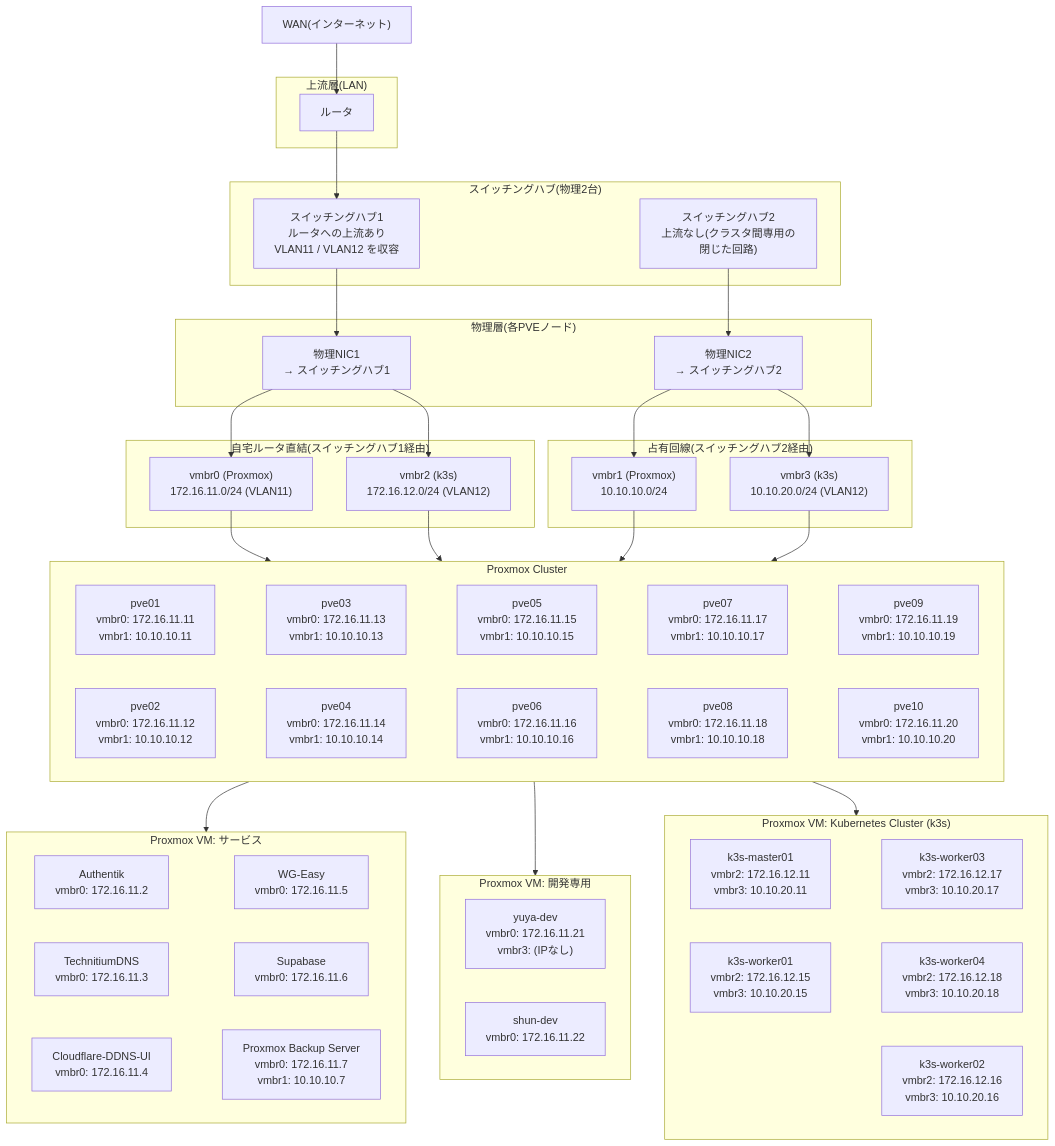
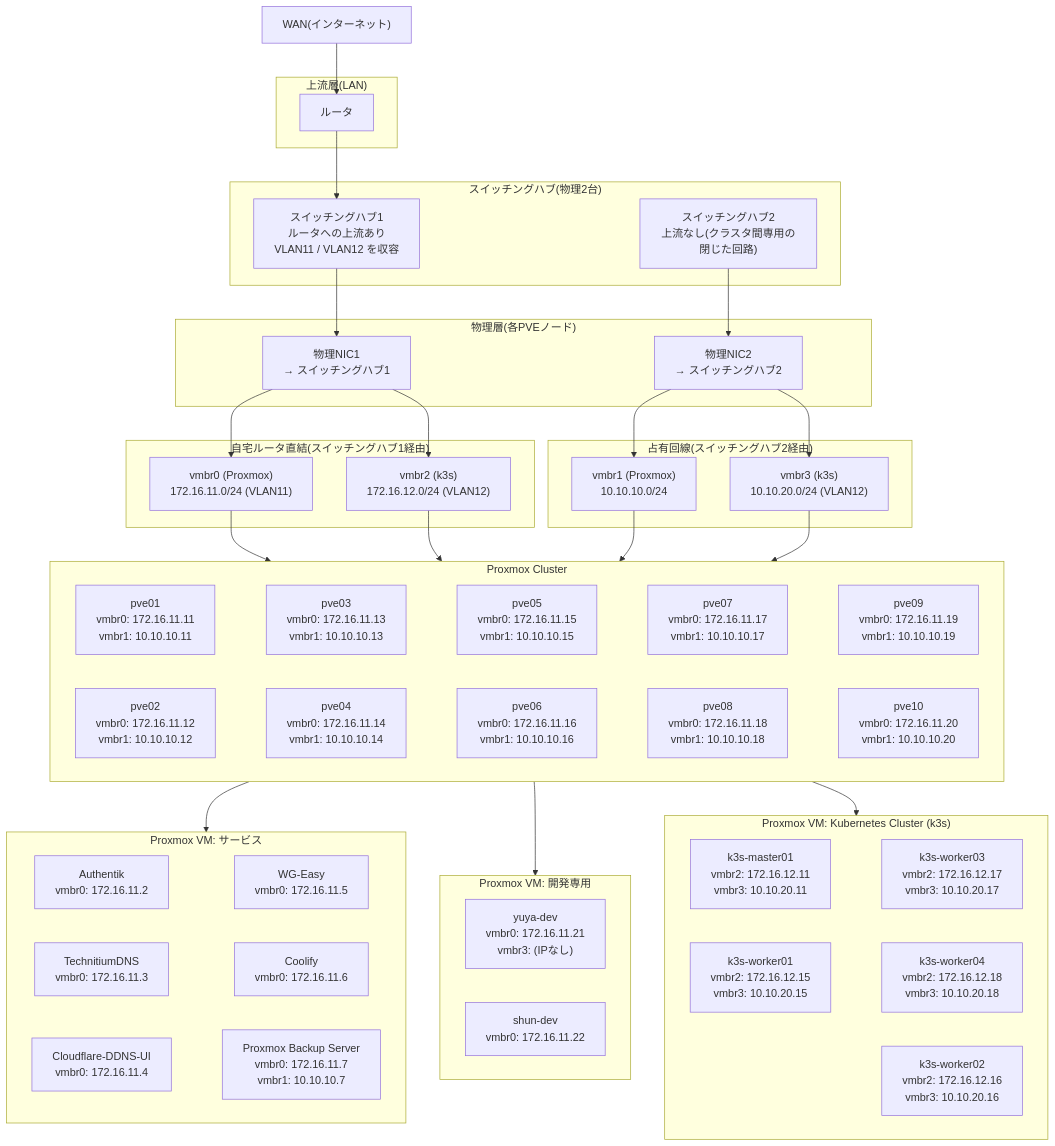
Before and after one commit to CHACCHAN/infrastructure: the first of 2 diagrams in infrastructure.md, drawn with Mermaid. The commit also changed other lines of this file and 44 other files, not shown here.

````diff
--- a/infrastructure.md
+++ b/infrastructure.md
@@ -4,82 +4,82 @@
 ```mermaid
 flowchart TB
   WAN["WAN(インターネット)"]
 
   subgraph gateway["上流層(LAN)"]
     ROUTER["ルータ"]
   end
 
   subgraph switches["スイッチングハブ(物理2台)"]
     SW1["スイッチングハブ1<br>ルータへの上流あり<br>VLAN11 / VLAN12 を収容"]
     SW2["スイッチングハブ2<br>上流なし(クラスタ間専用の閉じた回路)"]
   end
 
   subgraph physical["物理層(各PVEノード)"]
     NIC1["物理NIC1<br>→ スイッチングハブ1"]
     NIC2["物理NIC2<br>→ スイッチングハブ2"]
   end
 
   subgraph home["自宅ルータ直結(スイッチングハブ1経由)"]
     vmbr0["vmbr0 (Proxmox)<br>172.16.11.0/24 (VLAN11)"]
     vmbr2["vmbr2 (k3s)<br>172.16.12.0/24 (VLAN12)"]
   end
 
   subgraph dedicated["占有回線(スイッチングハブ2経由)"]
     vmbr1["vmbr1 (Proxmox)<br>10.10.10.0/24"]
     vmbr3["vmbr3 (k3s)<br>10.10.20.0/24 (VLAN12)"]
   end
 
   subgraph pve_group["Proxmox Cluster"]
     pve01["pve01<br>vmbr0: 172.16.11.11<br>vmbr1: 10.10.10.11"]
     pve02["pve02<br>vmbr0: 172.16.11.12<br>vmbr1: 10.10.10.12"]
     pve03["pve03<br>vmbr0: 172.16.11.13<br>vmbr1: 10.10.10.13"]
     pve04["pve04<br>vmbr0: 172.16.11.14<br>vmbr1: 10.10.10.14"]
     pve05["pve05<br>vmbr0: 172.16.11.15<br>vmbr1: 10.10.10.15"]
     pve06["pve06<br>vmbr0: 172.16.11.16<br>vmbr1: 10.10.10.16"]
     pve07["pve07<br>vmbr0: 172.16.11.17<br>vmbr1: 10.10.10.17"]
     pve08["pve08<br>vmbr0: 172.16.11.18<br>vmbr1: 10.10.10.18"]
     pve09["pve09<br>vmbr0: 172.16.11.19<br>vmbr1: 10.10.10.19"]
     pve10["pve10<br>vmbr0: 172.16.11.20<br>vmbr1: 10.10.10.20"]
 
     pve01 ~~~ pve03 ~~~ pve05 ~~~ pve07 ~~~ pve09
     pve02 ~~~ pve04 ~~~ pve06 ~~~ pve08 ~~~ pve10
   end
 
   subgraph vm_services["Proxmox VM: サービス"]
     vm_service01["Authentik<br>vmbr0: 172.16.11.2"]
     vm_service02["TechnitiumDNS<br>vmbr0: 172.16.11.3"]
     vm_service03["Cloudflare-DDNS-UI<br>vmbr0: 172.16.11.4"]
     vm_service04["WG-Easy<br>vmbr0: 172.16.11.5"]
-    vm_service05["Supabase<br>vmbr0: 172.16.11.6"]
+    vm_service05["Coolify<br>vmbr0: 172.16.11.6"]
     vm_service06["Proxmox Backup Server<br>vmbr0: 172.16.11.7<br>vmbr1: 10.10.10.7"]
 
     vm_service01 ~~~ vm_service04
     vm_service02 ~~~ vm_service05
     vm_service03 ~~~ vm_service06
   end
 
   subgraph vm_developments["Proxmox VM: 開発専用"]
     vm_development01["yuya-dev<br>vmbr0: 172.16.11.21<br>vmbr3: (IPなし)"]
     vm_development02["shun-dev<br>vmbr0: 172.16.11.22"]
   end
 
   subgraph k3s_cluster["Proxmox VM: Kubernetes Cluster (k3s)"]
     k3s01["k3s-master01<br>vmbr2: 172.16.12.11<br>vmbr3: 10.10.20.11"]
     k3s02["k3s-worker01<br>vmbr2: 172.16.12.15<br>vmbr3: 10.10.20.15"]
     k3s03["k3s-worker02<br>vmbr2: 172.16.12.16<br>vmbr3: 10.10.20.16"]
     k3s04["k3s-worker03<br>vmbr2: 172.16.12.17<br>vmbr3: 10.10.20.17"]
     k3s05["k3s-worker04<br>vmbr2: 172.16.12.18<br>vmbr3: 10.10.20.18"]
 
     k3s01 ~~~ k3s04
     k3s02 ~~~ k3s05
   end
 
   WAN --> ROUTER
   ROUTER --> SW1
   SW1 --> NIC1
   SW2 --> NIC2
   NIC1 --> vmbr0 & vmbr2
   NIC2 --> vmbr1 & vmbr3
   vmbr0 & vmbr1 & vmbr2 & vmbr3 --> pve_group
   pve_group --> vm_services & vm_developments & k3s_cluster
 ```
````
